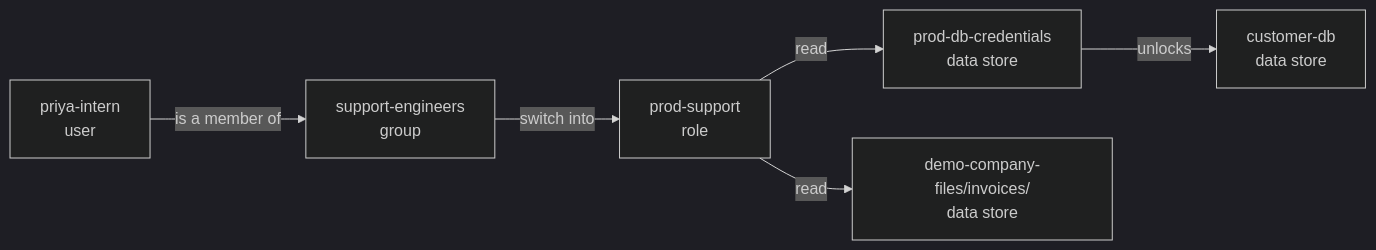
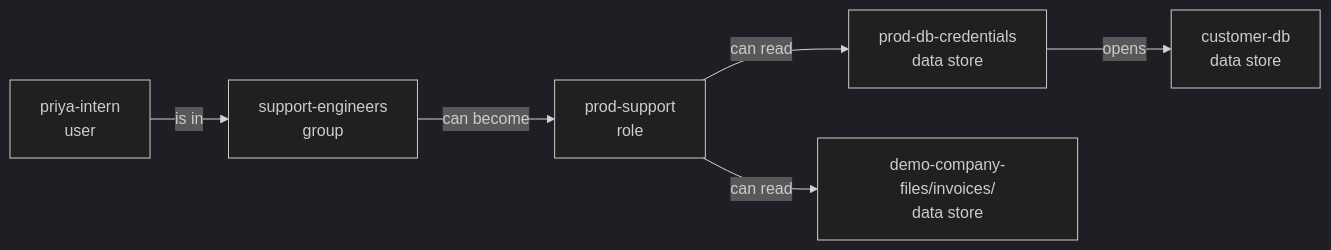
The diagram in tests/unit/snapshots/render/fixture-intern.md (AjinkyaTaranekar/theseus), drawn with Mermaid (dark theme) before and after one commit. The commit also changed other lines of this file and 19 other files, not shown here.

````diff
--- a/tests/unit/snapshots/render/fixture-intern.md
+++ b/tests/unit/snapshots/render/fixture-intern.md
@@ -11,14 +11,14 @@
 ```mermaid
 flowchart LR
   n1["priya-intern<br/>user"]
   n2["support-engineers<br/>group"]
   n3["prod-support<br/>role"]
   n4["prod-db-credentials<br/>data store"]
   n5["customer-db<br/>data store"]
   n6["demo-company-files/invoices/<br/>data store"]
-  n1 -->|"is a member of"| n2
-  n2 -->|"switch into"| n3
-  n3 -->|"read"| n4
-  n4 -->|"unlocks"| n5
-  n3 -->|"read"| n6
+  n1 -->|"is in"| n2
+  n2 -->|"can become"| n3
+  n3 -->|"can read"| n4
+  n4 -->|"opens"| n5
+  n3 -->|"can read"| n6
 ```
````
